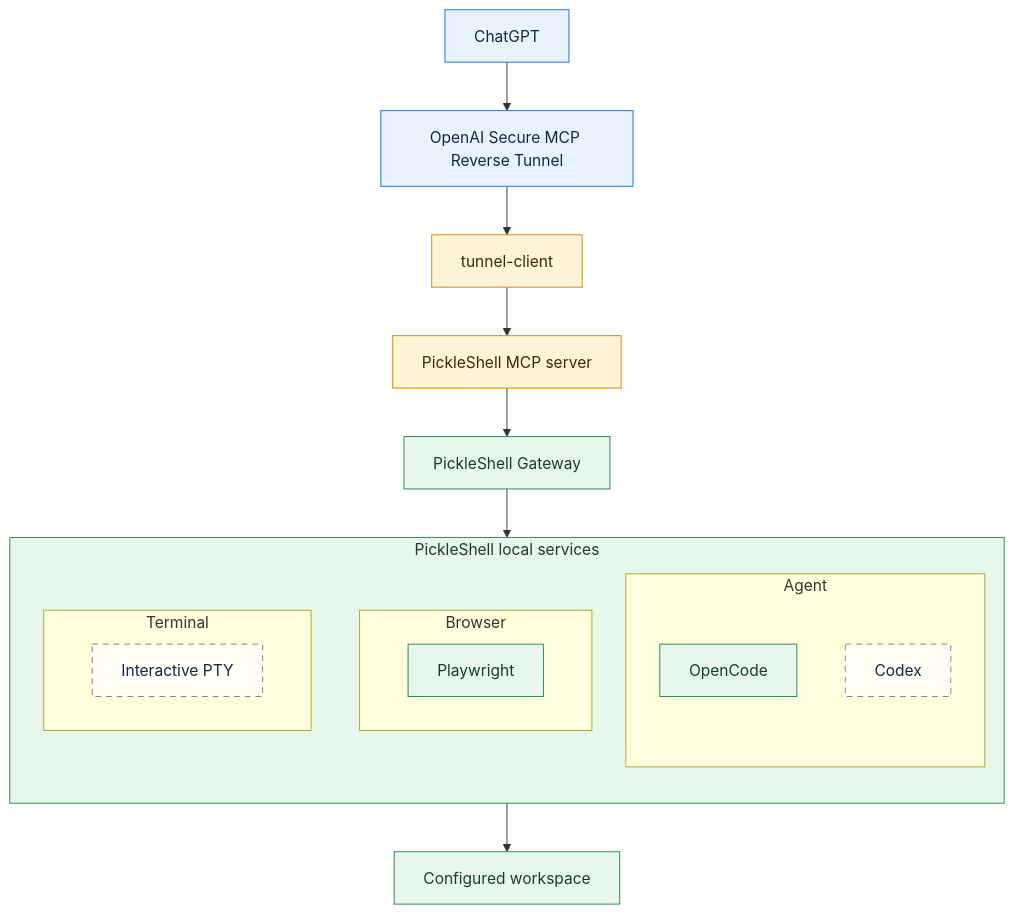
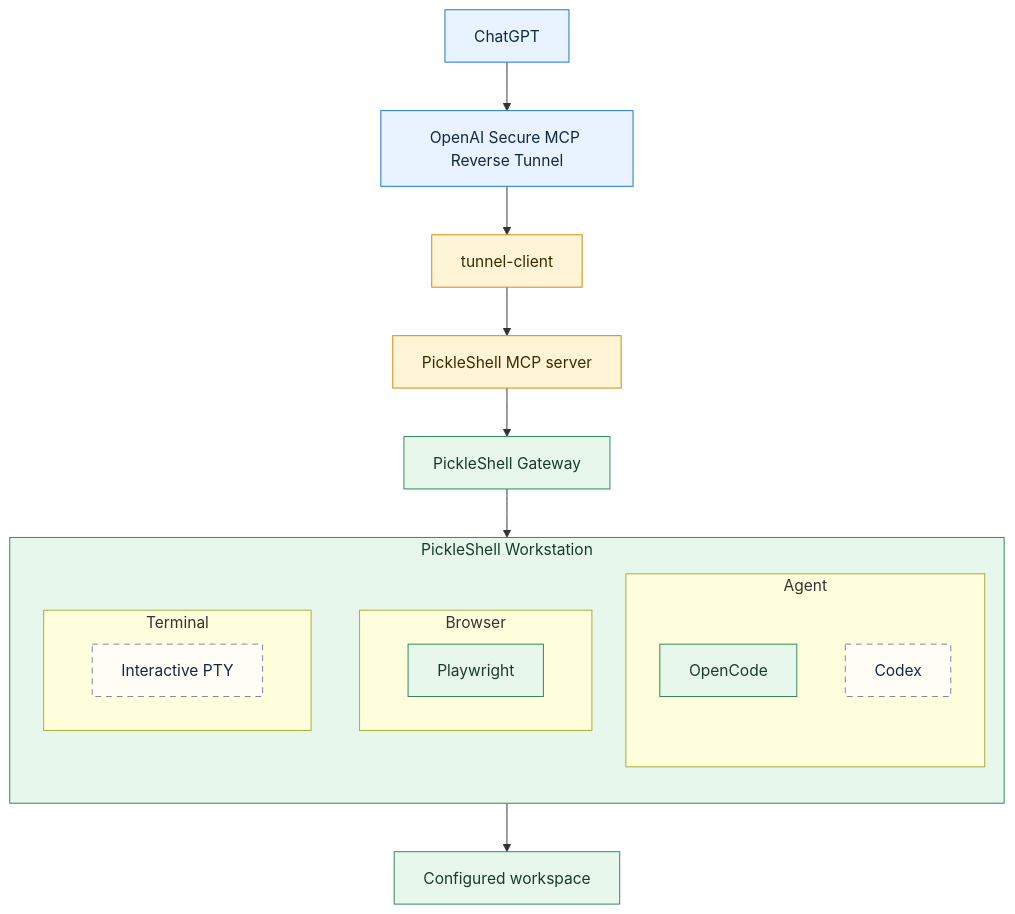
One commit to pickleshell/pickleshell changed the first of 2 diagrams in README.md. Above: the diagram before and after it, drawn with Mermaid.

Commit message:
docs: name the PickleShell workstation

````diff
--- a/README.md
+++ b/README.md
@@ -100,33 +100,33 @@
 ```mermaid
 flowchart TD
     A["ChatGPT"] --> B["OpenAI Secure MCP Reverse Tunnel"]
     B --> C["tunnel-client"]
     C --> D["PickleShell MCP server"]
     D --> E["PickleShell Gateway"]
 
-    subgraph SVC["PickleShell local services"]
+    subgraph SVC["PickleShell Workstation"]
         direction TB
         subgraph SVCA["Agent"]
             OC["OpenCode"]:::impl
             CX["Codex"]:::planned
         end
         subgraph SVCB["Browser"]
             PW["Playwright"]:::impl
         end
         subgraph SVCT["Terminal"]
             TTY["Interactive PTY"]:::planned
         end
     end
 
     E --> SVC
     OC --> WS["Configured workspace"]
 
     classDef cloud fill:#e9f3ff,stroke:#1677c8,color:#102a43
     classDef bridge fill:#fff4d6,stroke:#d48806,color:#3d2b00
     classDef local fill:#e8f7ec,stroke:#2f855a,color:#173d2a
     classDef impl fill:#e8f7ec,stroke:#2f855a,color:#173d2a
     classDef planned fill:#fffdf5,stroke:#7b8794,color:#102a43,stroke-dasharray: 6 5
     class A,B cloud
     class C,D bridge
     class E,SVC,WS local
 ```
````
